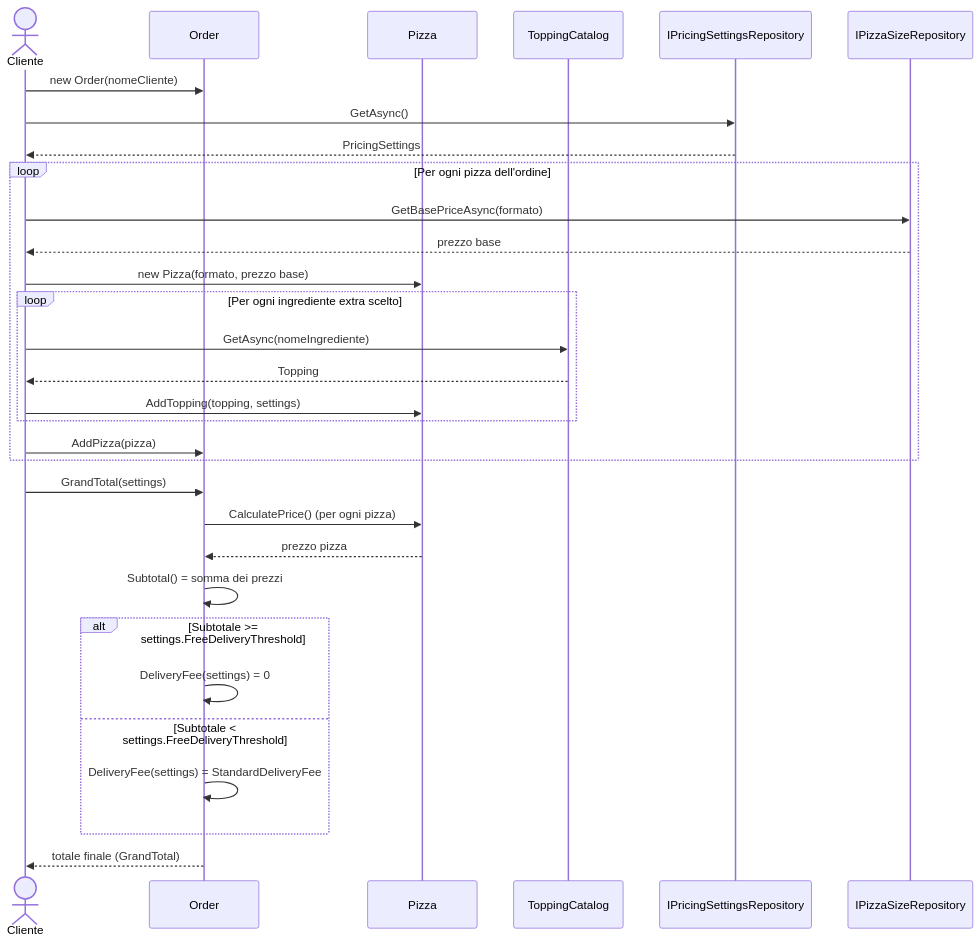
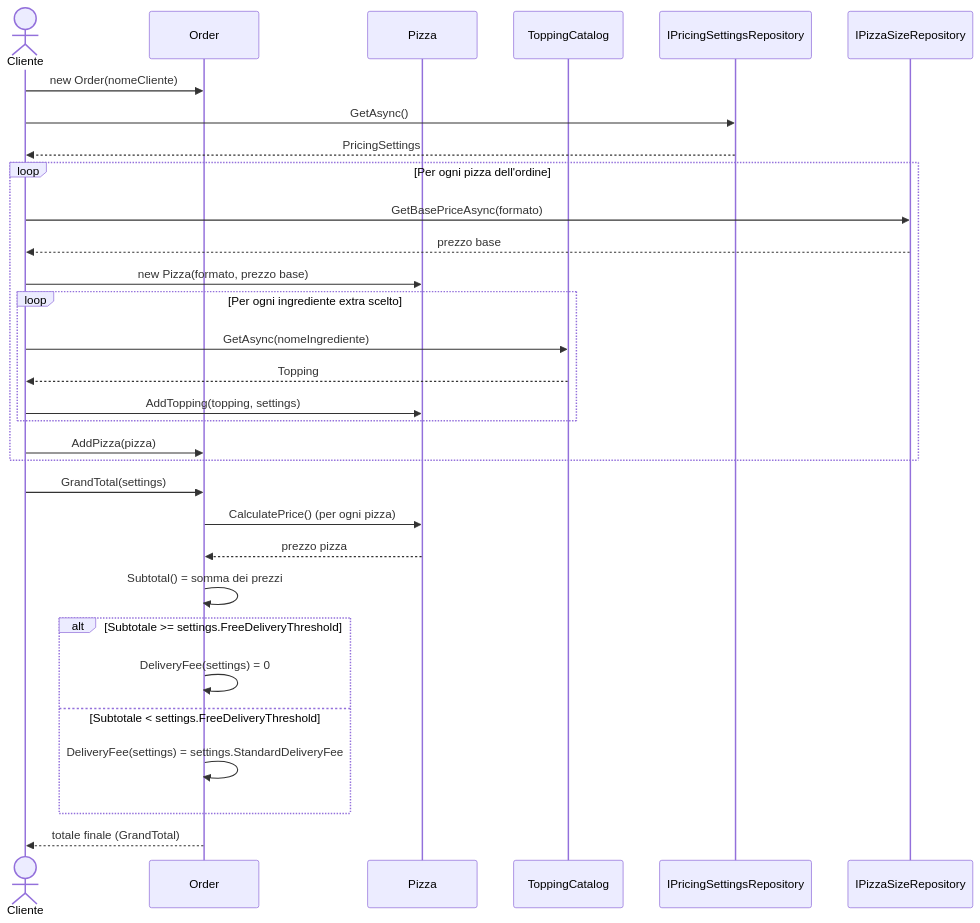
Before and after one commit to Timon-code95/PizzaShop: the diagram in docs/c4-model/05-sequence-diagram.md, drawn with Mermaid. The commit also changed other lines of this file and 19 other files, not shown here.

````diff
--- a/docs/c4-model/05-sequence-diagram.md
+++ b/docs/c4-model/05-sequence-diagram.md
@@ -12,38 +12,38 @@
 ```mermaid
 sequenceDiagram
 	actor Cliente
 	participant Order
 	participant Pizza
 	participant ToppingCatalog
 	participant PricingSettingsRepository as IPricingSettingsRepository
 	participant PizzaSizeRepository as IPizzaSizeRepository
 
 	Cliente->>Order: new Order(nomeCliente)
 	Cliente->>PricingSettingsRepository: GetAsync()
 	PricingSettingsRepository-->>Cliente: PricingSettings
 
 	loop Per ogni pizza dell'ordine
 		Cliente->>PizzaSizeRepository: GetBasePriceAsync(formato)
 		PizzaSizeRepository-->>Cliente: prezzo base
 		Cliente->>Pizza: new Pizza(formato, prezzo base)
 		loop Per ogni ingrediente extra scelto
 			Cliente->>ToppingCatalog: GetAsync(nomeIngrediente)
 			ToppingCatalog-->>Cliente: Topping
 			Cliente->>Pizza: AddTopping(topping, settings)
 		end
 		Cliente->>Order: AddPizza(pizza)
 	end
 
 	Cliente->>Order: GrandTotal(settings)
 	Order->>Pizza: CalculatePrice() (per ogni pizza)
 	Pizza-->>Order: prezzo pizza
 	Order->>Order: Subtotal() = somma dei prezzi
 
 	alt Subtotale >= settings.FreeDeliveryThreshold
 		Order->>Order: DeliveryFee(settings) = 0
 	else Subtotale < settings.FreeDeliveryThreshold
-		Order->>Order: DeliveryFee(settings) = StandardDeliveryFee
+		Order->>Order: DeliveryFee(settings) = settings.StandardDeliveryFee
 	end
 
 	Order-->>Cliente: totale finale (GrandTotal)
 ```
````
